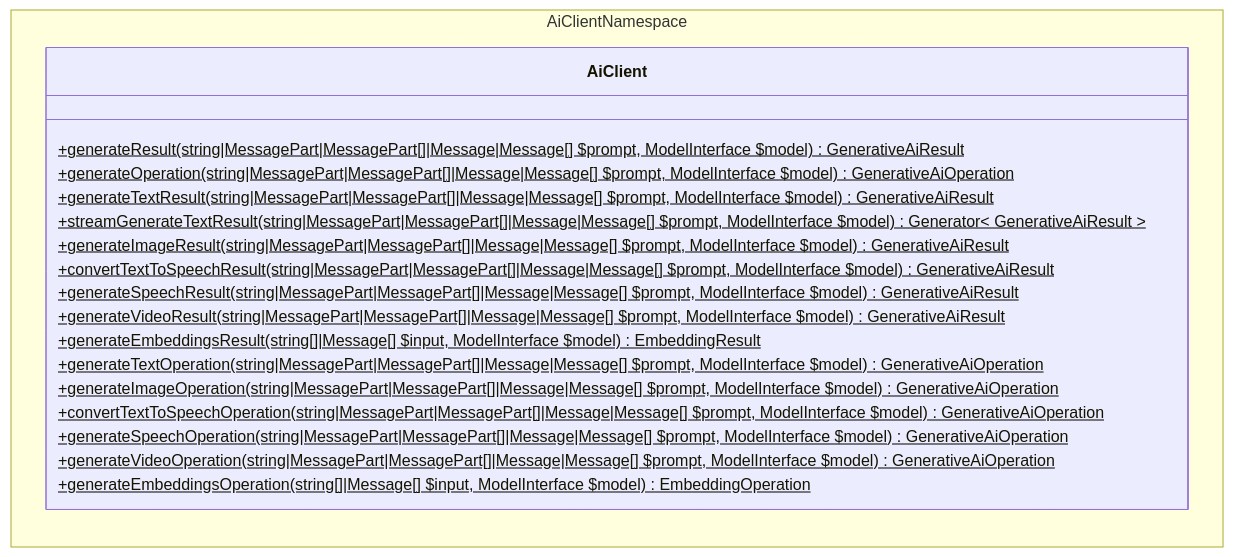
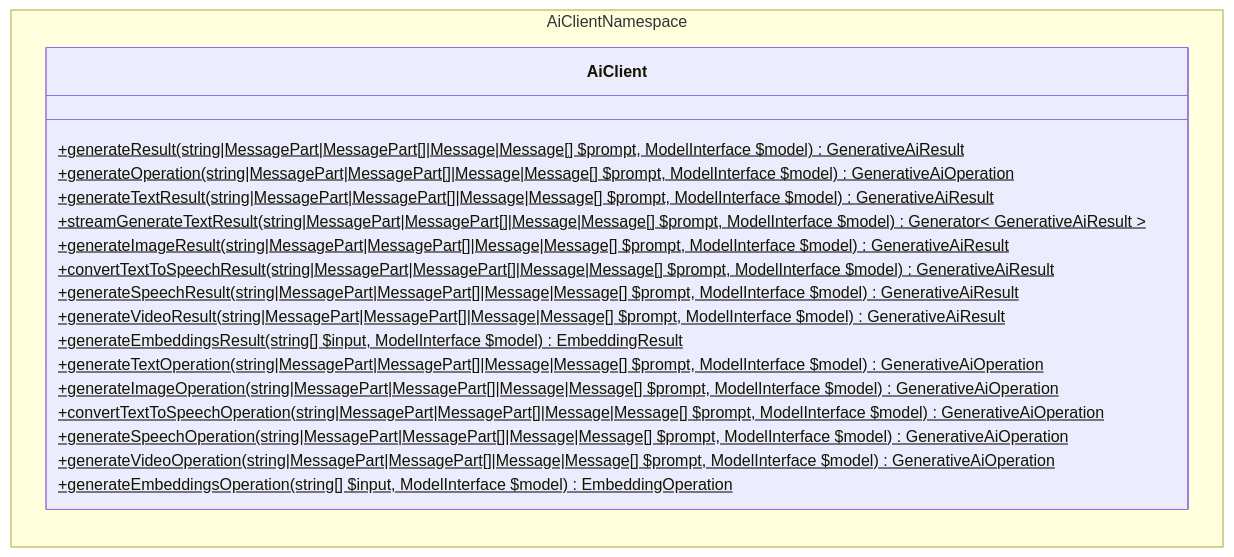
Before and after one commit to WordPress/php-ai-client: the second of 6 diagrams in docs/ARCHITECTURE.md, drawn with Mermaid. The commit also changed other lines of this file and 14 other files, not shown here.

````diff
--- a/docs/ARCHITECTURE.md
+++ b/docs/ARCHITECTURE.md
@@ -395,28 +406,28 @@
 ```mermaid
 ---
 config:
   class:
     hideEmptyMembersBox: true
 ---
 classDiagram
 direction LR
     namespace AiClientNamespace {
         class AiClient {
             +generateResult(string|MessagePart|MessagePart[]|Message|Message[] $prompt, ModelInterface $model) GenerativeAiResult$
             +generateOperation(string|MessagePart|MessagePart[]|Message|Message[] $prompt, ModelInterface $model) GenerativeAiOperation$
             +generateTextResult(string|MessagePart|MessagePart[]|Message|Message[] $prompt, ModelInterface $model) GenerativeAiResult$
             +streamGenerateTextResult(string|MessagePart|MessagePart[]|Message|Message[] $prompt, ModelInterface $model) Generator< GenerativeAiResult >$
             +generateImageResult(string|MessagePart|MessagePart[]|Message|Message[] $prompt, ModelInterface $model) GenerativeAiResult$
             +convertTextToSpeechResult(string|MessagePart|MessagePart[]|Message|Message[] $prompt, ModelInterface $model) GenerativeAiResult$
             +generateSpeechResult(string|MessagePart|MessagePart[]|Message|Message[] $prompt, ModelInterface $model) GenerativeAiResult$
             +generateVideoResult(string|MessagePart|MessagePart[]|Message|Message[] $prompt, ModelInterface $model) GenerativeAiResult$
-            +generateEmbeddingsResult(string[]|Message[] $input, ModelInterface $model) EmbeddingResult$
+            +generateEmbeddingsResult(string[] $input, ModelInterface $model) EmbeddingResult$
             +generateTextOperation(string|MessagePart|MessagePart[]|Message|Message[] $prompt, ModelInterface $model) GenerativeAiOperation$
             +generateImageOperation(string|MessagePart|MessagePart[]|Message|Message[] $prompt, ModelInterface $model) GenerativeAiOperation$
             +convertTextToSpeechOperation(string|MessagePart|MessagePart[]|Message|Message[] $prompt, ModelInterface $model) GenerativeAiOperation$
             +generateSpeechOperation(string|MessagePart|MessagePart[]|Message|Message[] $prompt, ModelInterface $model) GenerativeAiOperation$
             +generateVideoOperation(string|MessagePart|MessagePart[]|Message|Message[] $prompt, ModelInterface $model) GenerativeAiOperation$
-            +generateEmbeddingsOperation(string[]|Message[] $input, ModelInterface $model) EmbeddingOperation$
+            +generateEmbeddingsOperation(string[] $input, ModelInterface $model) EmbeddingOperation$
         }
     }
 ```
````
